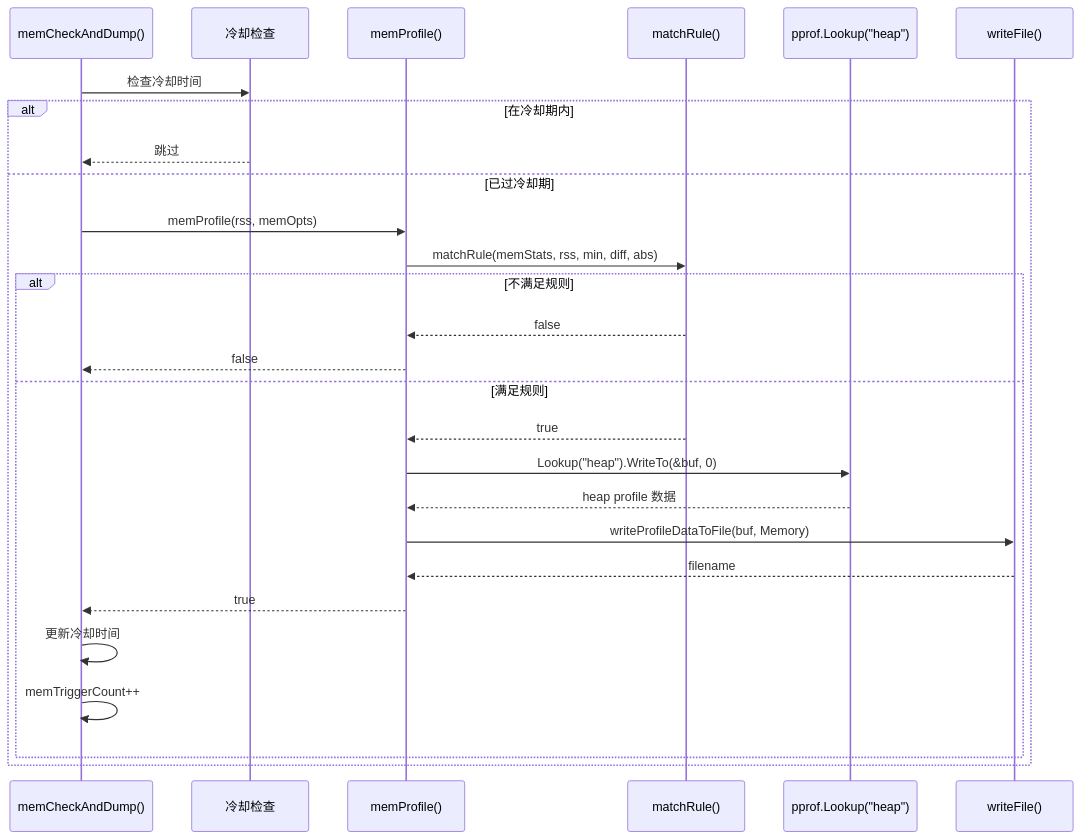
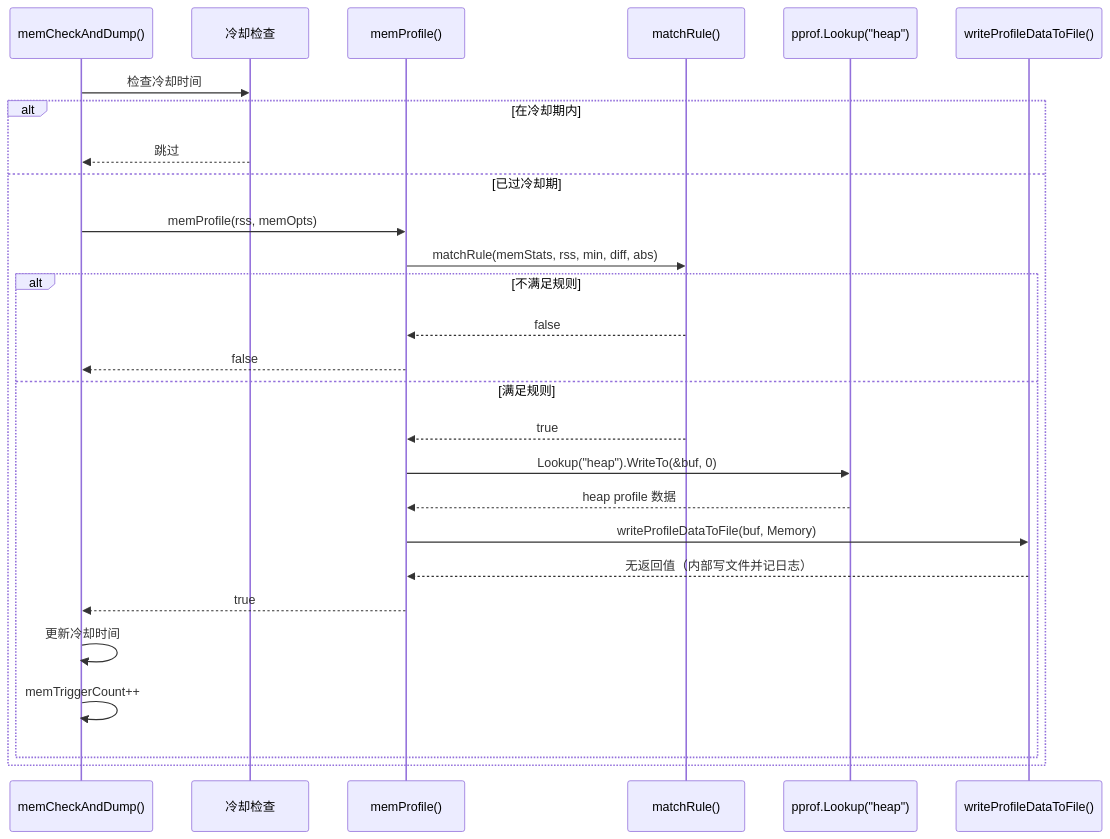
The fifth of 8 diagrams in docs/specs/37_sherlock_profiler_spec.md (stefanv5/openGemini), drawn with Mermaid before and after one commit. The commit also changed other lines of this file and 37 other files, not shown here.

````diff
--- a/docs/specs/37_sherlock_profiler_spec.md
+++ b/docs/specs/37_sherlock_profiler_spec.md
@@ -593,30 +647,30 @@
 ```mermaid
 sequenceDiagram
     participant Check as memCheckAndDump()
     participant Cool as 冷却检查
     participant Rule as memProfile()
     participant Match as matchRule()
     participant pprof as pprof.Lookup("heap")
-    participant File as writeFile()
+    participant File as writeProfileDataToFile()
 
     Check->>Cool: 检查冷却时间
     alt 在冷却期内
         Cool-->>Check: 跳过
     else 已过冷却期
         Check->>Rule: memProfile(rss, memOpts)
         Rule->>Match: matchRule(memStats, rss, min, diff, abs)
         alt 不满足规则
             Match-->>Rule: false
             Rule-->>Check: false
         else 满足规则
             Match-->>Rule: true
             Rule->>pprof: Lookup("heap").WriteTo(&buf, 0)
             pprof-->>Rule: heap profile 数据
             Rule->>File: writeProfileDataToFile(buf, Memory)
-            File-->>Rule: filename
+            File-->>Rule: 无返回值（内部写文件并记日志）
             Rule-->>Check: true
             Check->>Check: 更新冷却时间
             Check->>Check: memTriggerCount++
         end
     end
 ```
````
